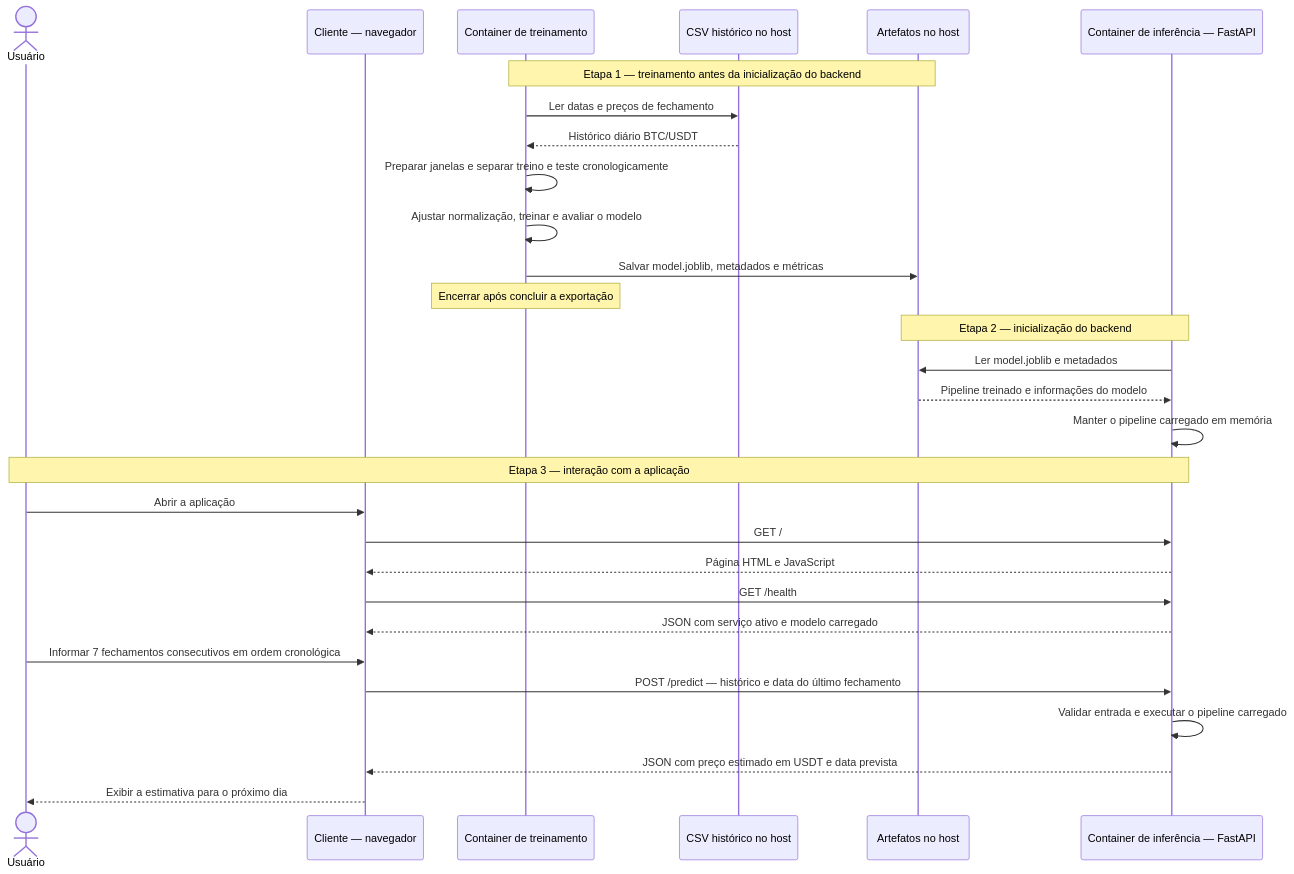
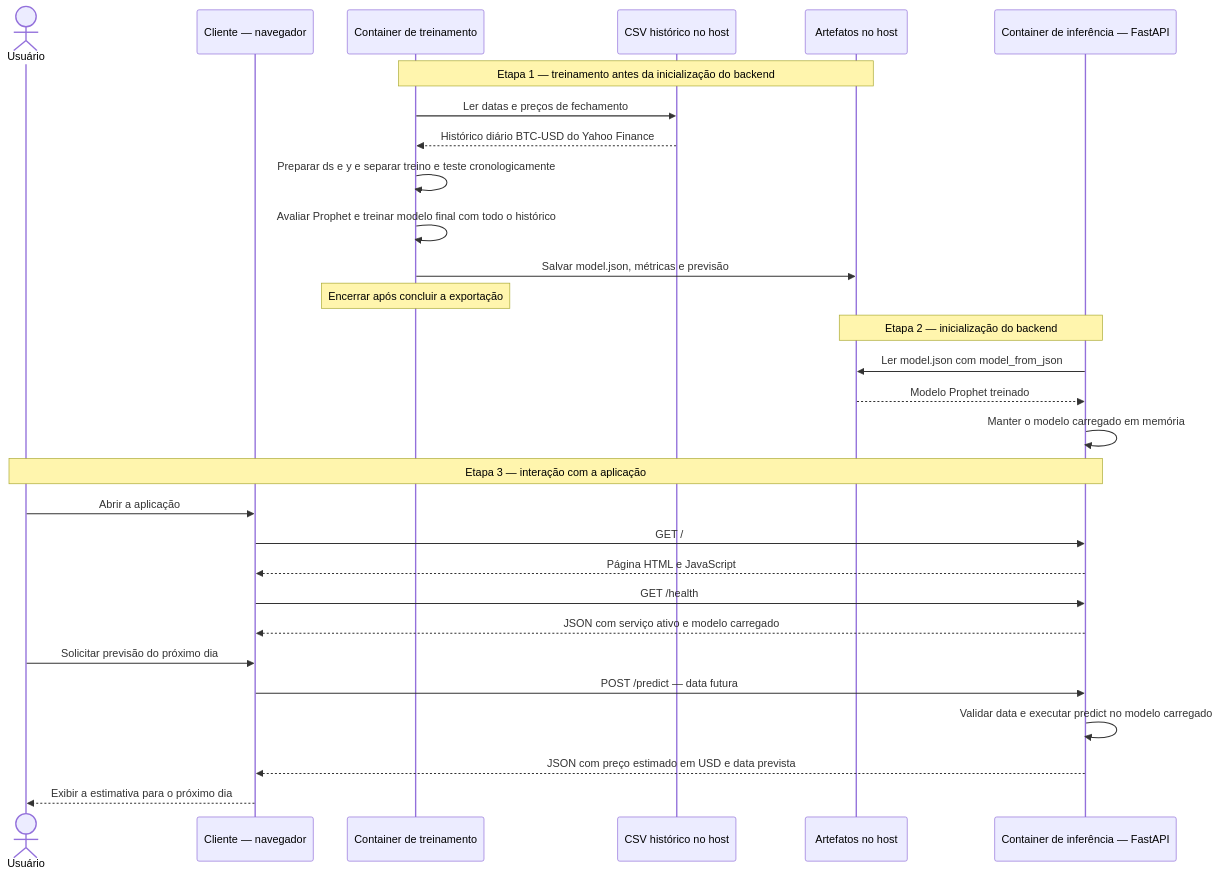
The second of 2 diagrams in README.md (cauetaddeo/ponderada-Pevisao-Bitcoin), drawn with Mermaid before and after one commit. The commit also changed other lines of this file and 7 other files, not shown here.

Commit message:
feat/adiciona o modelo prophet

````diff
--- a/README.md
+++ b/README.md
@@ -43,34 +46,34 @@
 ```mermaid
 sequenceDiagram
     actor Usuario as Usuário
     participant Cliente as Cliente — navegador
     participant Treino as Container de treinamento
     participant CSV as CSV histórico no host
     participant Artefato as Artefatos no host
     participant API as Container de inferência — FastAPI
 
     Note over Treino,Artefato: Etapa 1 — treinamento antes da inicialização do backend
     Treino->>CSV: Ler datas e preços de fechamento
-    CSV-->>Treino: Histórico diário BTC/USDT
-    Treino->>Treino: Preparar janelas e separar treino e teste cronologicamente
-    Treino->>Treino: Ajustar normalização, treinar e avaliar o modelo
-    Treino->>Artefato: Salvar model.joblib, metadados e métricas
+    CSV-->>Treino: Histórico diário BTC-USD do Yahoo Finance
+    Treino->>Treino: Preparar ds e y e separar treino e teste cronologicamente
+    Treino->>Treino: Avaliar Prophet e treinar modelo final com todo o histórico
+    Treino->>Artefato: Salvar model.json, métricas e previsão
     Note over Treino: Encerrar após concluir a exportação
 
     Note over Artefato,API: Etapa 2 — inicialização do backend
-    API->>Artefato: Ler model.joblib e metadados
-    Artefato-->>API: Pipeline treinado e informações do modelo
-    API->>API: Manter o pipeline carregado em memória
+    API->>Artefato: Ler model.json com model_from_json
+    Artefato-->>API: Modelo Prophet treinado
+    API->>API: Manter o modelo carregado em memória
 
     Note over Usuario,API: Etapa 3 — interação com a aplicação
     Usuario->>Cliente: Abrir a aplicação
     Cliente->>API: GET /
     API-->>Cliente: Página HTML e JavaScript
     Cliente->>API: GET /health
     API-->>Cliente: JSON com serviço ativo e modelo carregado
-    Usuario->>Cliente: Informar 7 fechamentos consecutivos em ordem cronológica
-    Cliente->>API: POST /predict — histórico e data do último fechamento
-    API->>API: Validar entrada e executar o pipeline carregado
-    API-->>Cliente: JSON com preço estimado em USDT e data prevista
+    Usuario->>Cliente: Solicitar previsão do próximo dia
+    Cliente->>API: POST /predict — data futura
+    API->>API: Validar data e executar predict no modelo carregado
+    API-->>Cliente: JSON com preço estimado em USD e data prevista
     Cliente-->>Usuario: Exibir a estimativa para o próximo dia
 ```
````
